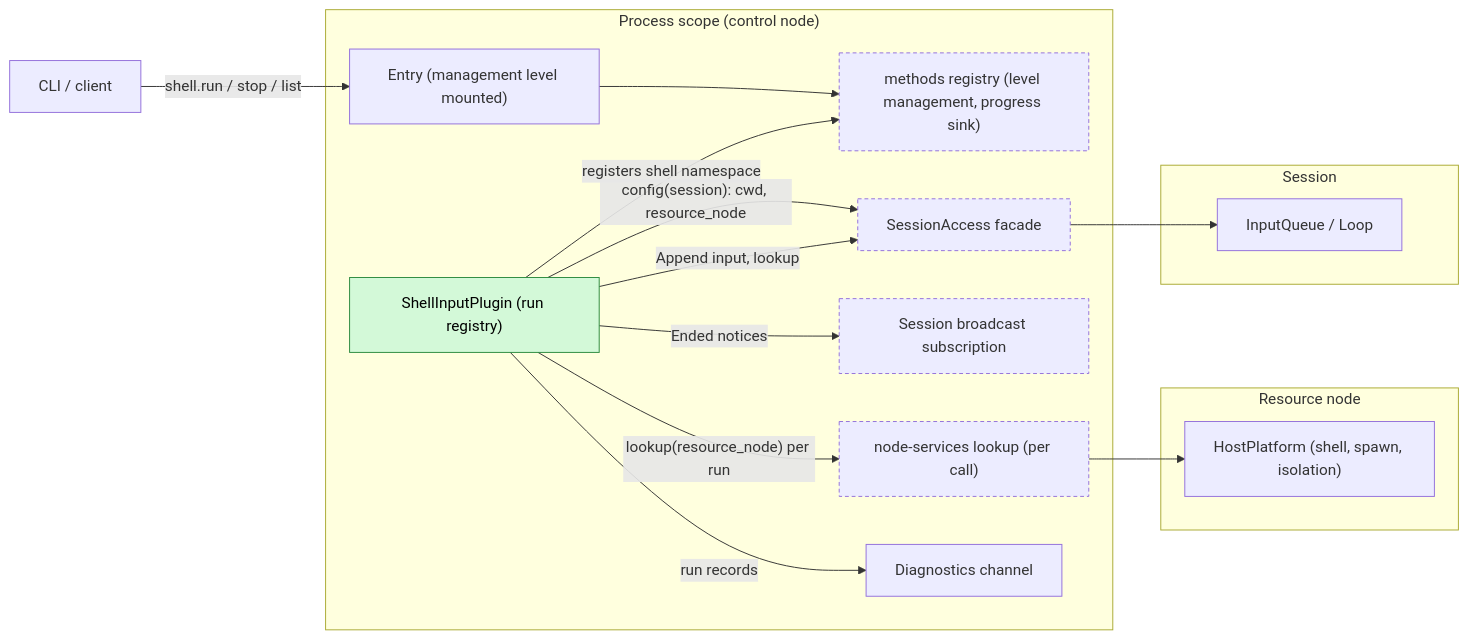
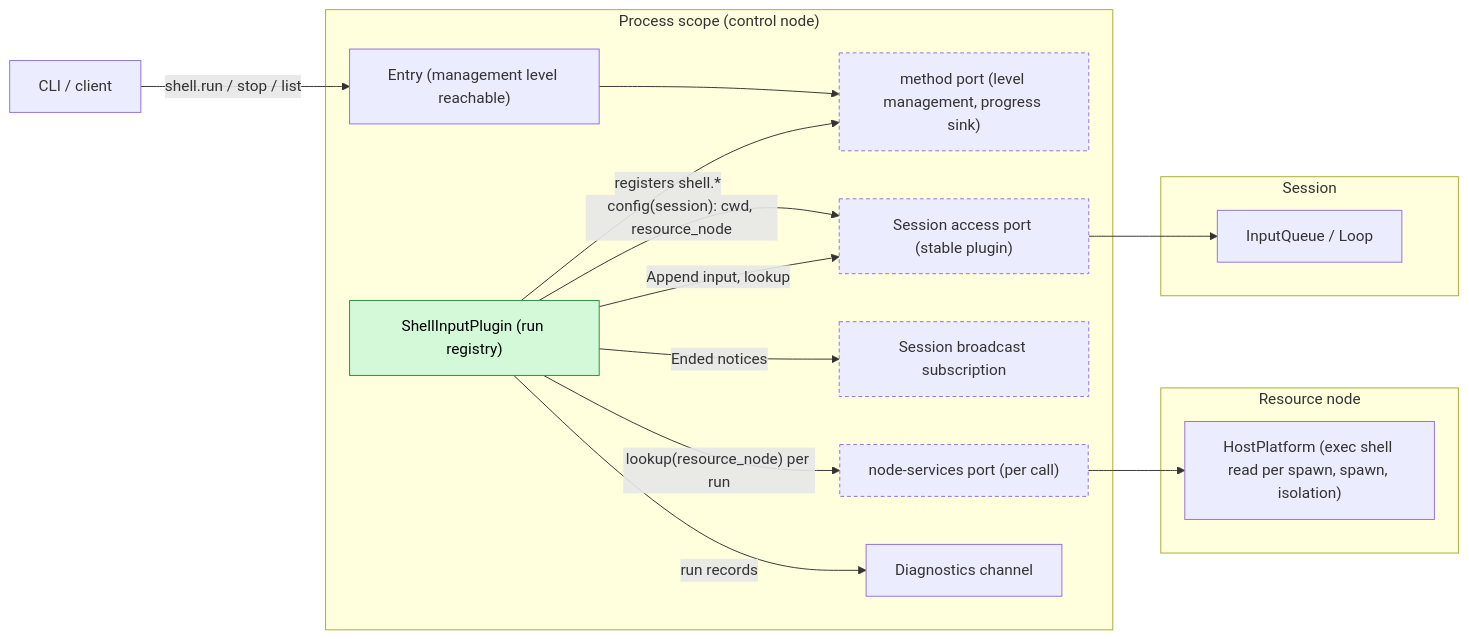
The first of 6 diagrams in docs/design/plugins/ShellInput.md (CoutinhoTTS/dim-agent), drawn with Mermaid before and after one commit. The commit also changed other lines of this file and 3 other files, not shown here.

````diff
--- a/docs/design/plugins/ShellInput.md
+++ b/docs/design/plugins/ShellInput.md
@@ -9,31 +9,31 @@
 ```mermaid
 flowchart LR
   CLI["CLI / client"]
   subgraph P["Process scope (control node)"]
-    MG["Entry (management level mounted)"]
-    MC["methods registry (level management, progress sink)"]:::contract
+    MG["Entry (management level reachable)"]
+    MC["method port (level management, progress sink)"]:::contract
     SI["ShellInputPlugin (run registry)"]:::new
-    SA["SessionAccess facade"]:::contract
+    SA["Session access port (stable plugin)"]:::contract
     SE["Session broadcast subscription"]:::contract
-    NS["node-services lookup (per call)"]:::contract
+    NS["node-services port (per call)"]:::contract
     DG["Diagnostics channel"]
   end
   subgraph N["Resource node"]
-    HP["HostPlatform (shell, spawn, isolation)"]
+    HP["HostPlatform (exec shell read per spawn, spawn, isolation)"]
   end
   subgraph S["Session"]
     IQ["InputQueue / Loop"]
   end
   CLI -- "shell.run / stop / list" --> MG
   MG --> MC
-  SI -- "registers shell namespace" --> MC
+  SI -- "registers shell.*" --> MC
   SI -- "config(session): cwd, resource_node" --> SA
   SI -- "lookup(resource_node) per run" --> NS
   NS --> HP
   SI -- "Append input, lookup" --> SA
   SA --> IQ
   SI -- "Ended notices" --> SE
   SI -- "run records" --> DG
   classDef new fill:#d3f9d8,stroke:#2b8a3e,color:#000
   classDef contract stroke-dasharray:4 3
 ```
````
